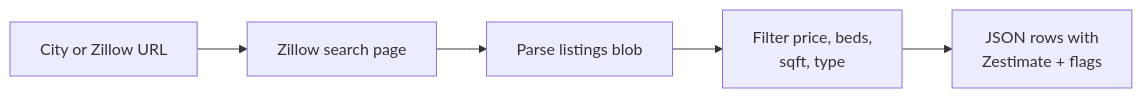
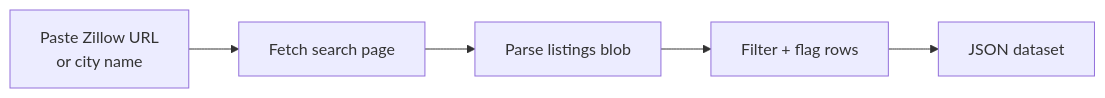
The first of 2 diagrams in actors/zillow-home-price-scraper/README.md (Ken-Mutisya/scrapemint), drawn with Mermaid before and after one commit. The commit also changed other lines of this file, not shown here.

First line of the commit message:
Tighten Zillow actor README for organic search

````diff
--- a/actors/zillow-home-price-scraper/README.md
+++ b/actors/zillow-home-price-scraper/README.md
@@ -11,7 +11,7 @@
 ```mermaid
 flowchart LR
-    A[City or Zillow URL] --> B[Zillow search page]
+    A[Paste Zillow URL<br/>or city name] --> B[Fetch search page]
     B --> C[Parse listings blob]
-    C --> D[Filter price, beds,<br/>sqft, type]
-    D --> E[JSON rows with<br/>Zestimate + flags]
+    C --> D[Filter + flag rows]
+    D --> E[JSON dataset]
 ```
````
